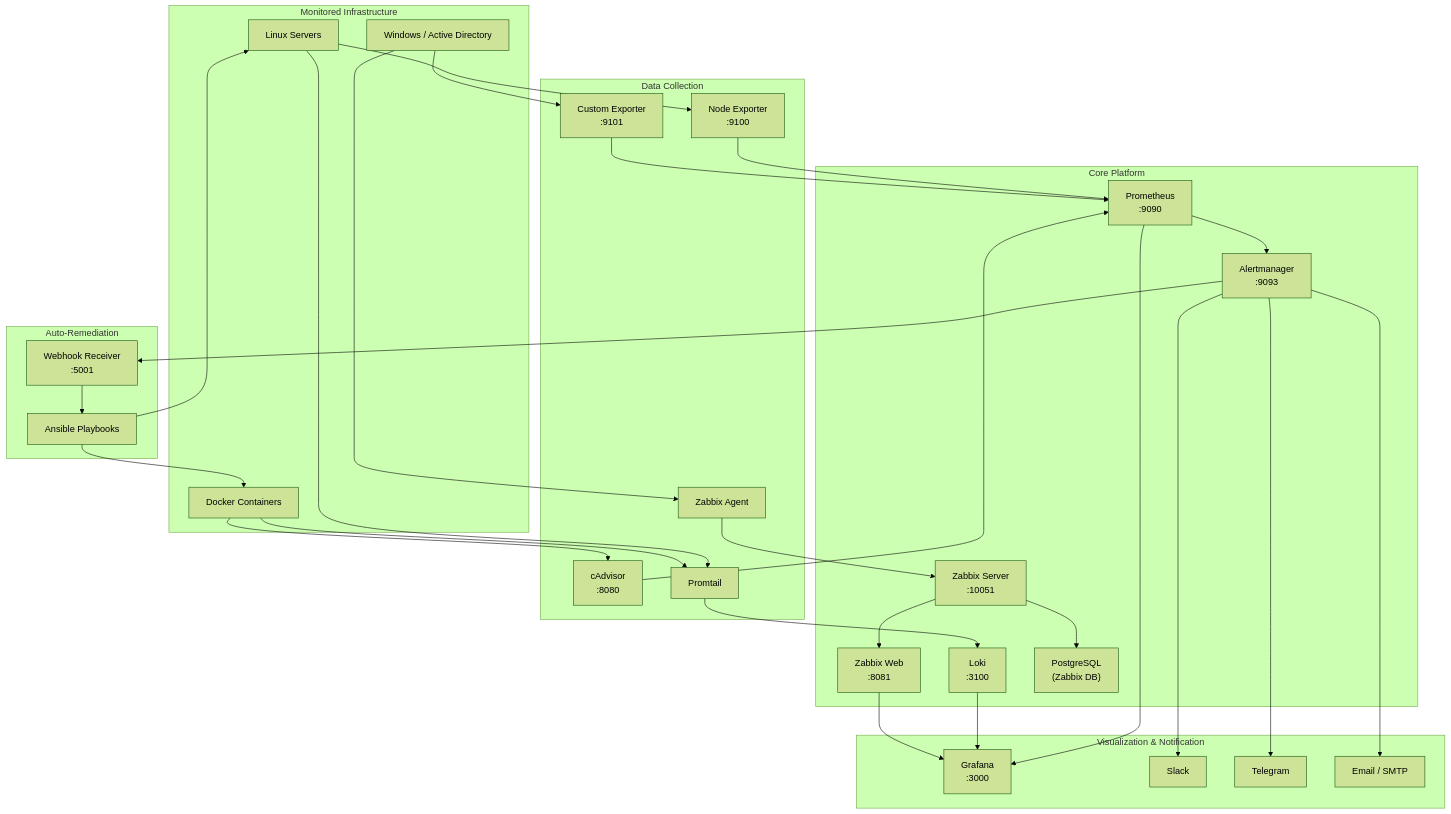
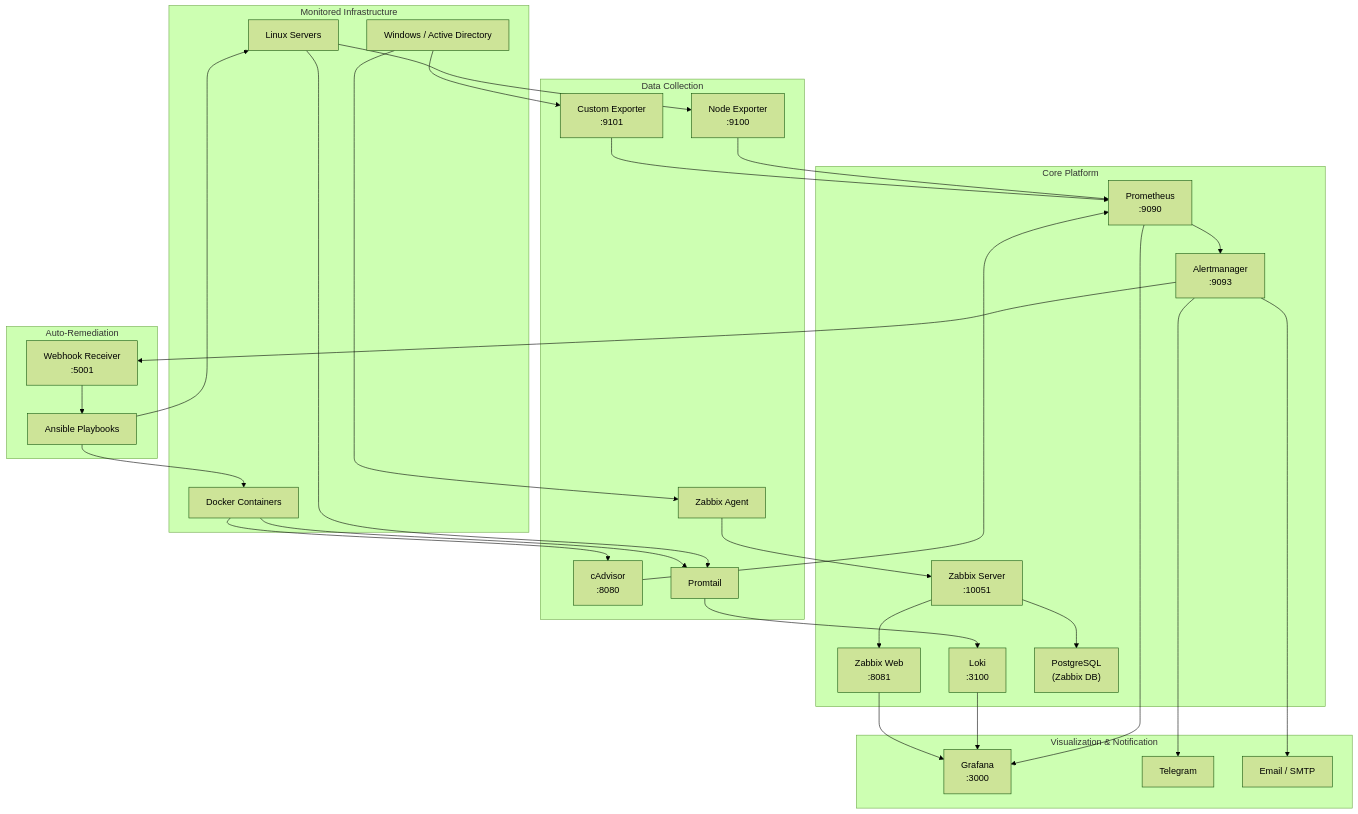
Before and after one commit to sahmaragaev/panoptes: the diagram in README.md, drawn with Mermaid (forest theme). The commit also changed other lines of this file and 7 other files, not shown here.

````diff
--- a/README.md
+++ b/README.md
@@ -28,67 +28,65 @@
 ```mermaid
 flowchart TB
     subgraph Targets["Monitored Infrastructure"]
         Linux["Linux Servers"]
         Windows["Windows / Active Directory"]
         Docker["Docker Containers"]
     end
 
     subgraph Collectors["Data Collection"]
         NE["Node Exporter\n:9100"]
         CE["Custom Exporter\n:9101"]
         CA["cAdvisor\n:8080"]
         PT["Promtail"]
         ZA["Zabbix Agent"]
     end
 
     subgraph Core["Core Platform"]
         PR["Prometheus\n:9090"]
         LK["Loki\n:3100"]
         AM["Alertmanager\n:9093"]
         ZS["Zabbix Server\n:10051"]
         ZW["Zabbix Web\n:8081"]
         ZP["PostgreSQL\n(Zabbix DB)"]
     end
 
     subgraph Visualization["Visualization & Notification"]
         GR["Grafana\n:3000"]
-        SL["Slack"]
         TG["Telegram"]
         EM["Email / SMTP"]
     end
 
     subgraph Remediation["Auto-Remediation"]
         WH["Webhook Receiver\n:5001"]
         AN["Ansible Playbooks"]
     end
 
     Linux --> NE
     Linux --> PT
     Windows --> ZA
     Windows --> CE
     Docker --> CA
     Docker --> PT
 
     NE --> PR
     CE --> PR
     CA --> PR
     PT --> LK
     ZA --> ZS
 
     ZS --> ZP
     ZS --> ZW
 
     PR --> AM
     PR --> GR
     LK --> GR
     ZW --> GR
 
-    AM --> SL
     AM --> TG
     AM --> EM
     AM --> WH
 
     WH --> AN
     AN --> Linux
     AN --> Docker
 ```
````
